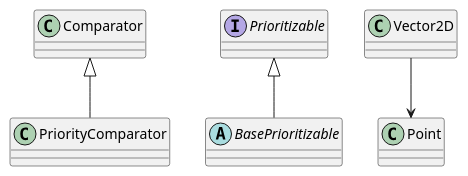
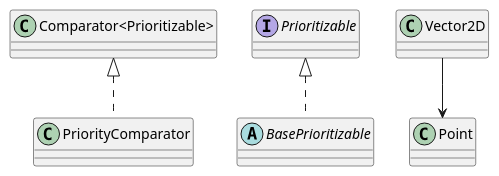
One commit to giuli635/SuperMarioBros changed the diagram in Diagramas/diagramas/Reducido parcial/Utils/Utils.puml. Above: the diagram before and after it, drawn with PlantUML. The commit also changed 4 other files, not shown here.

```diff
--- a/Diagramas/diagramas/Reducido parcial/Utils/Utils.puml
+++ b/Diagramas/diagramas/Reducido parcial/Utils/Utils.puml
@@ -1,13 +1,14 @@
 @startuml Utils
 
 abstract BasePrioritizable
 
 interface Prioritizable
 
-BasePrioritizable -u-|> Prioritizable
 
-PriorityComparator -u-|> Comparator
+BasePrioritizable .u.|> Prioritizable
+
+PriorityComparator .u.|> "Comparator<Prioritizable>"
 
 Vector2D --> Point
 
 @enduml
```
